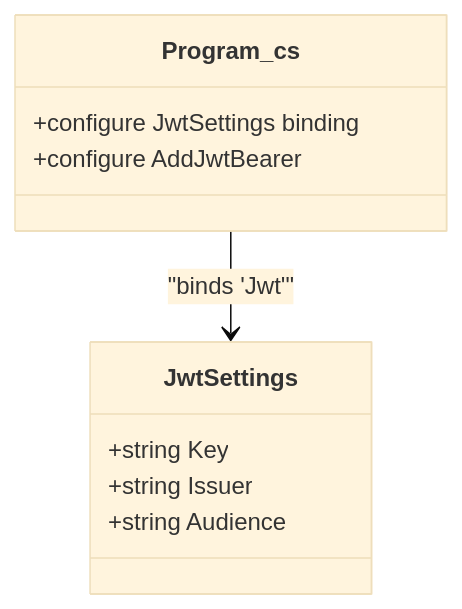
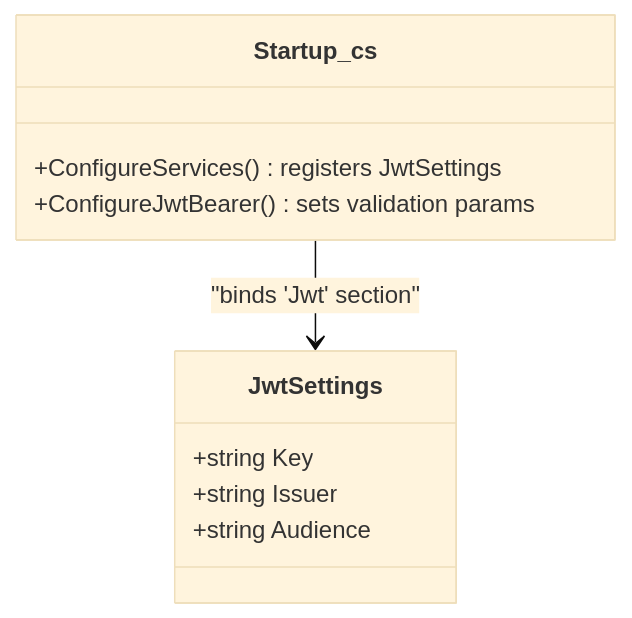
The fourth of 5 diagrams in .qoder/repowiki/en/content/Getting Started.md (MuhammadFaizanQamar/game-backend-service), drawn with Mermaid (base theme) before and after one commit. The commit also changed other lines of this file and 62 other files, not shown here.

````diff
--- a/.qoder/repowiki/en/content/Getting Started.md
+++ b/.qoder/repowiki/en/content/Getting Started.md
@@ -201,13 +224,13 @@
 ```mermaid
 classDiagram
 class JwtSettings {
 +string Key
 +string Issuer
 +string Audience
 }
-class Program_cs {
-+configure JwtSettings binding
-+configure AddJwtBearer
+class Startup_cs {
++ConfigureServices() registers JwtSettings
++ConfigureJwtBearer() sets validation params
 }
-Program_cs --> JwtSettings : "binds 'Jwt'"
+Startup_cs --> JwtSettings : "binds 'Jwt' section"
 ```
````
